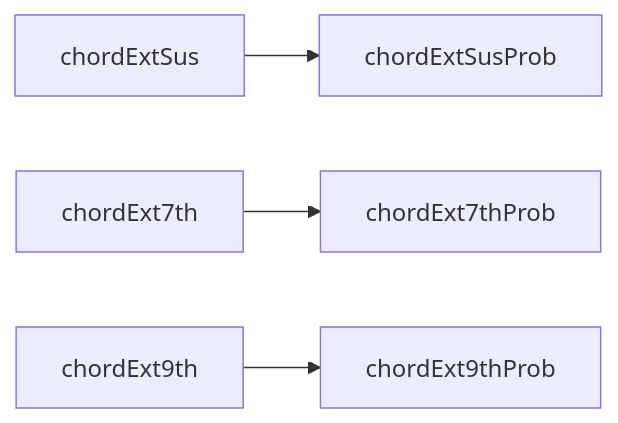
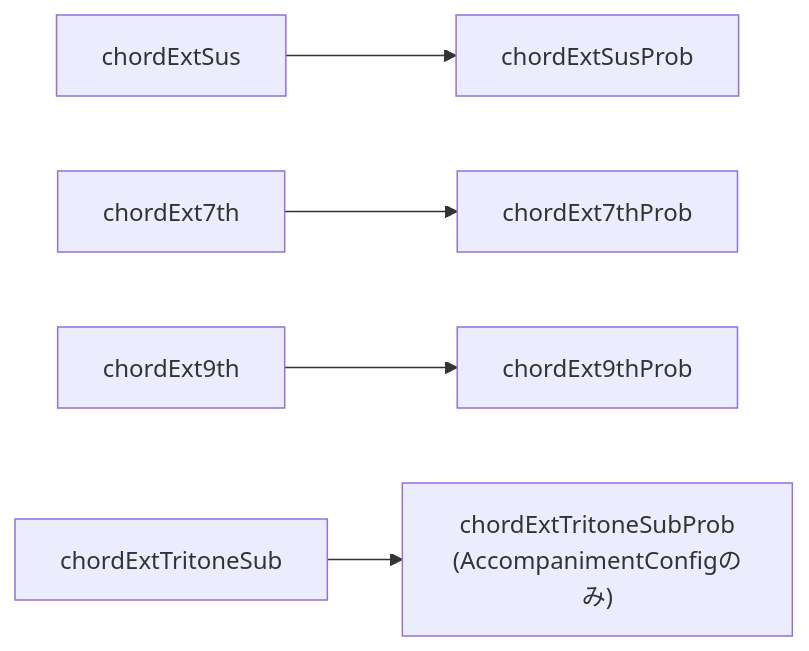
The fourth of 13 diagrams in src/ja/docs/option-relationships.md (libraz/midi-sketch-homepage), drawn with Mermaid before and after one commit. The commit also changed other lines of this file and 24 other files, not shown here.

````diff
--- a/src/ja/docs/option-relationships.md
+++ b/src/ja/docs/option-relationships.md
@@ -73,6 +73,7 @@
 ```mermaid
 graph LR
     chordExtSus --> chordExtSusProb
     chordExt7th --> chordExt7thProb
     chordExt9th --> chordExt9thProb
+    chordExtTritoneSub --> chordExtTritoneSubProb["chordExtTritoneSubProb<br/>(AccompanimentConfigのみ)"]
 ```
````
